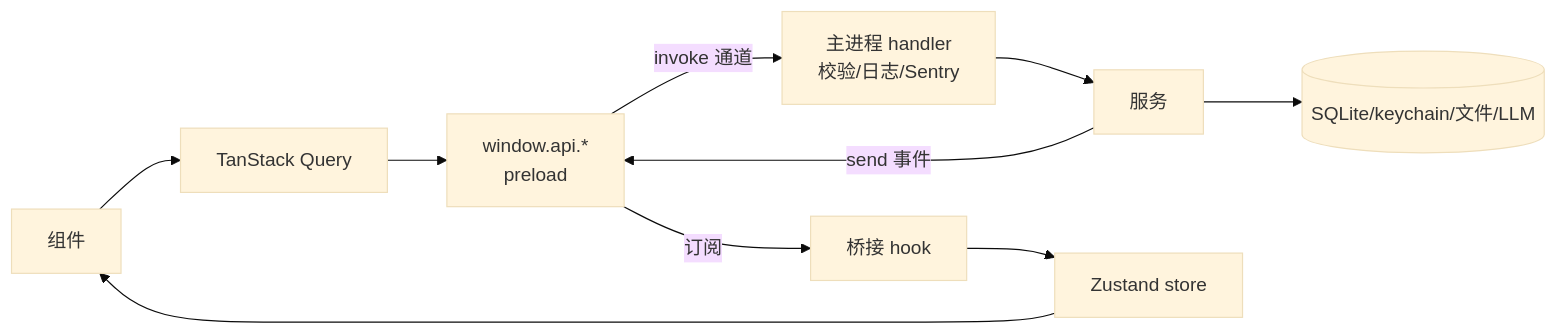
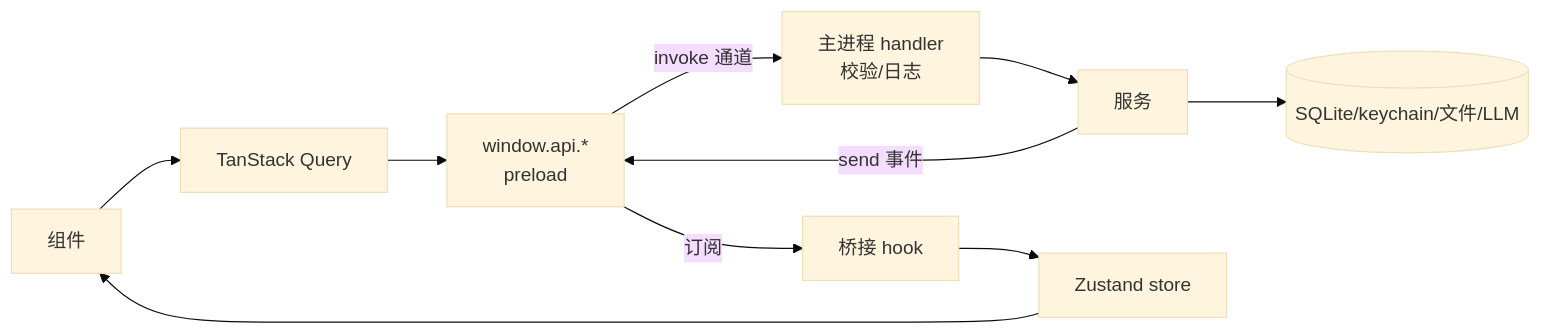
The fourth of 22 diagrams in docs/design/09-ux-interaction-spec.md (zlh12331/superagent), drawn with Mermaid (base theme) before and after one commit. The commit also changed other lines of this file and 621 other files, not shown here.

````diff
--- a/docs/design/09-ux-interaction-spec.md
+++ b/docs/design/09-ux-interaction-spec.md
@@ -83,7 +83,7 @@
 ```mermaid
 flowchart LR
   U[组件] --> Q[TanStack Query] --> W[window.api.*<br/>preload]
-  W -->|invoke 通道| H[主进程 handler<br/>校验/日志/Sentry]
+  W -->|invoke 通道| H[主进程 handler<br/>校验/日志]
   H --> S[服务] --> D[(SQLite/keychain/文件/LLM)]
   S -->|send 事件| W -->|订阅| B[桥接 hook] --> ST[Zustand store] --> U
 ```
````
